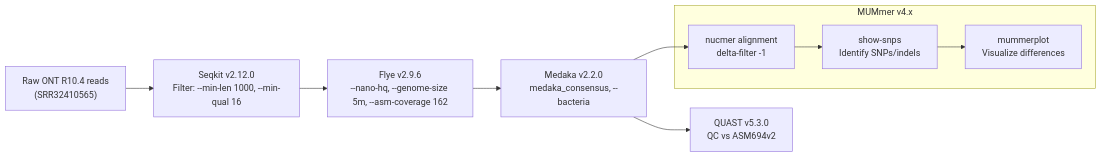
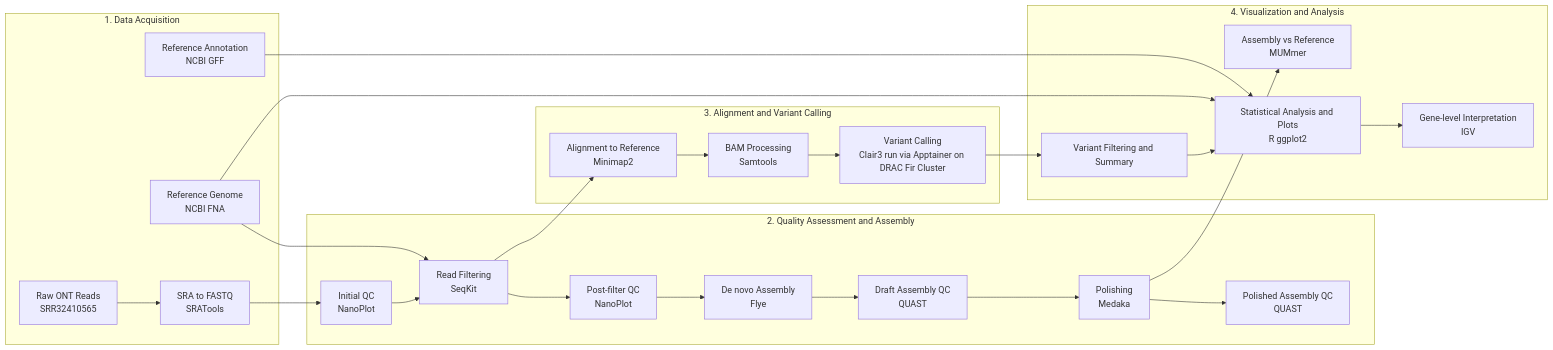
The diagram in README.md (farah-y-sadoon/salmonella-nanopore-genome-assembly), drawn with Mermaid before and after one commit.

Commit message:
Update pipeline diagram

````diff
--- a/README.md
+++ b/README.md
@@ -22,15 +22,39 @@
 ```mermaid
 flowchart LR
-  A["Raw ONT R10.4 reads<br/>(SRR32410565)"] --> B["Seqkit v2.12.0<br/>Filter: --min-len 1000, --min-qual 16"]
-  B --> C["Flye v2.9.6<br/>--nano-hq, --genome-size 5m, --asm-coverage 162"]
-  C --> D["Medaka v2.2.0<br/>medaka_consensus, --bacteria"]
-  
-  subgraph MUMmer_Suite ["MUMmer v4.x"]
-    F["nucmer alignment<br/>delta-filter -1"] --> G["show-snps<br/>Identify SNPs/indels"]
-    G --> H["mummerplot<br/>Visualize differences"]
+  A[Raw ONT Reads<br/>SRR32410565]
+
+  subgraph H1[1. Data Acquisition]
+    A --> B[SRA to FASTQ<br/>SRATools]
+    C[Reference Genome<br/>NCBI FNA]
+    D[Reference Annotation<br/>NCBI GFF]
   end
 
-  D --> F
-  D --> E["QUAST v5.3.0<br/>QC vs ASM694v2"]
+  subgraph H2[2. Quality Assessment and Assembly]
+    B --> E[Initial QC<br/>NanoPlot]
+    E --> F[Read Filtering<br/>SeqKit]
+    F --> G[Post-filter QC<br/>NanoPlot]
+    G --> H[De novo Assembly<br/>Flye]
+    H --> I[Draft Assembly QC<br/>QUAST]
+    I --> J[Polishing<br/>Medaka]
+    J --> K[Polished Assembly QC<br/>QUAST]
+  end
+
+  subgraph H3[3. Alignment and Variant Calling]
+    F --> L[Alignment to Reference<br/>Minimap2]
+    L --> M[BAM Processing<br/>Samtools]
+    M --> N[Variant Calling<br/>Clair3 run via Apptainer on DRAC Fir Cluster]
+  end
+
+  subgraph H4[4. Visualization and Analysis <br/>]
+    J --> O[Assembly vs Reference<br/>MUMmer]
+    N --> P[Variant Filtering and Summary]
+    P --> Q[Statistical Analysis and Plots<br/>R ggplot2]
+    Q --> R[Gene-level Interpretation<br/>IGV]
+  end
+
+  %% New independent connections
+  C --> F
+  C --> Q
+  D --> Q
 
 ```
````
